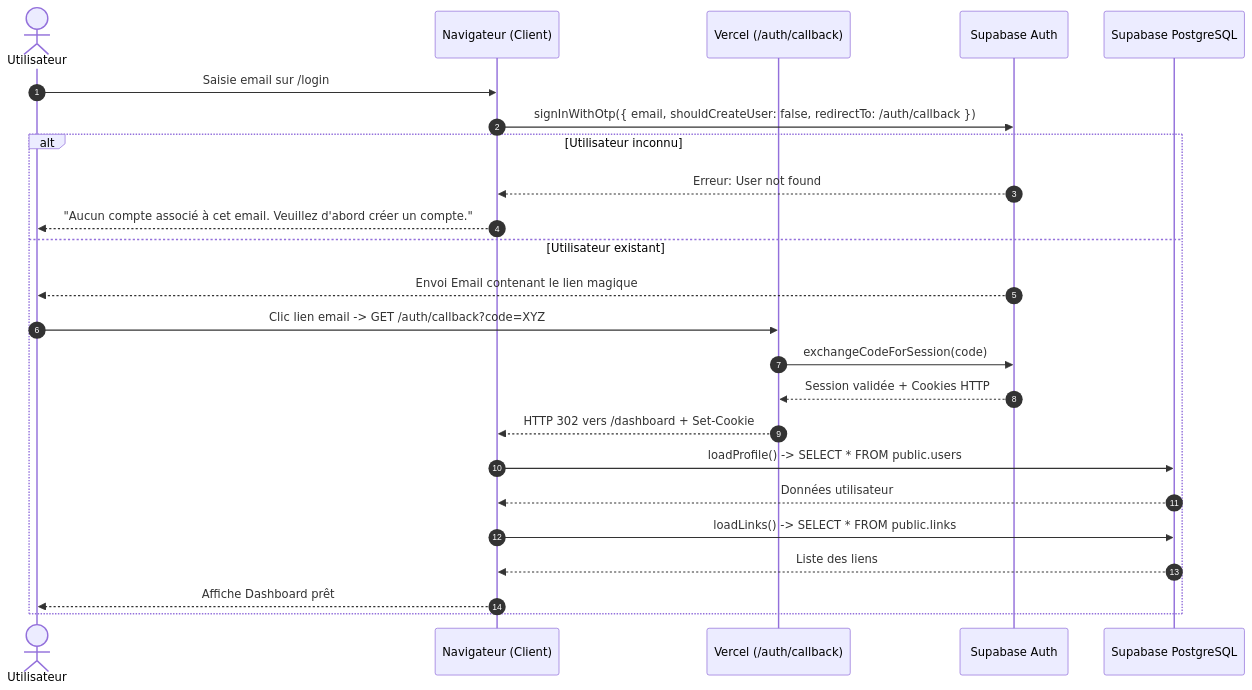
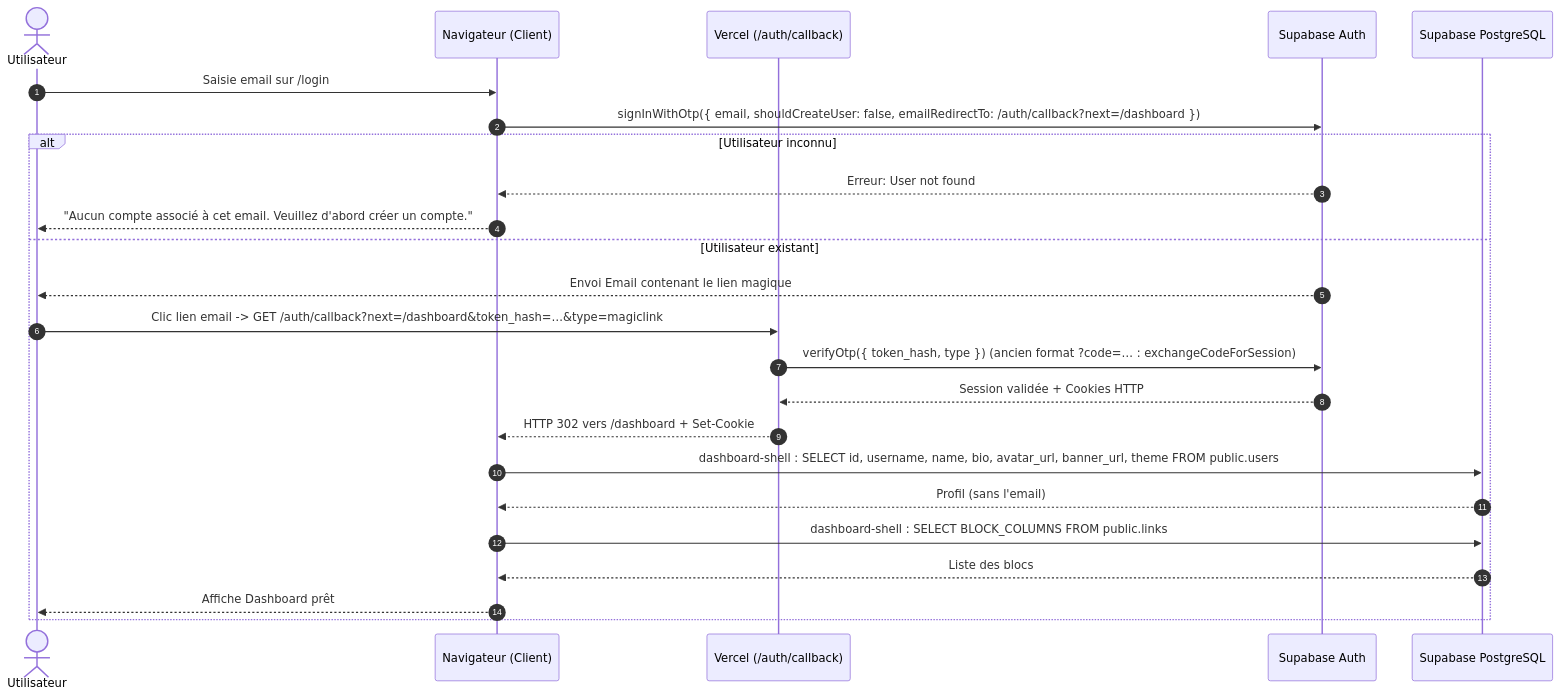
The diagram in docs/login-workflow.md (MarioHit/mialigo), drawn with Mermaid before and after one commit. The commit also changed other lines of this file and 14 other files, not shown here.

````diff
--- a/docs/login-workflow.md
+++ b/docs/login-workflow.md
@@ -26,27 +26,27 @@
 ```mermaid
 sequenceDiagram
     autonumber
     actor User as Utilisateur
     participant Browser as Navigateur (Client)
     participant Vercel as Vercel (/auth/callback)
     participant SupaAuth as Supabase Auth
     participant SupaDB as Supabase PostgreSQL
 
     User->>Browser: Saisie email sur /login
-    Browser->>SupaAuth: signInWithOtp({ email, shouldCreateUser: false, redirectTo: /auth/callback })
+    Browser->>SupaAuth: signInWithOtp({ email, shouldCreateUser: false, emailRedirectTo: /auth/callback?next=/dashboard })
     alt Utilisateur inconnu
         SupaAuth-->>Browser: Erreur: User not found
         Browser-->>User: "Aucun compte associé à cet email. Veuillez d'abord créer un compte."
     else Utilisateur existant
         SupaAuth-->>User: Envoi Email contenant le lien magique
-        User->>Vercel: Clic lien email -> GET /auth/callback?code=XYZ
-        Vercel->>SupaAuth: exchangeCodeForSession(code)
+        User->>Vercel: Clic lien email -> GET /auth/callback?next=/dashboard&token_hash=…&type=magiclink
+        Vercel->>SupaAuth: verifyOtp({ token_hash, type }) (ancien format ?code=… : exchangeCodeForSession)
         SupaAuth-->>Vercel: Session validée + Cookies HTTP
         Vercel-->>Browser: HTTP 302 vers /dashboard + Set-Cookie
-        Browser->>SupaDB: loadProfile() -> SELECT * FROM public.users
-        SupaDB-->>Browser: Données utilisateur
-        Browser->>SupaDB: loadLinks() -> SELECT * FROM public.links
-        SupaDB-->>Browser: Liste des liens
+        Browser->>SupaDB: dashboard-shell : SELECT id, username, name, bio, avatar_url, banner_url, theme FROM public.users
+        SupaDB-->>Browser: Profil (sans l'email)
+        Browser->>SupaDB: dashboard-shell : SELECT BLOCK_COLUMNS FROM public.links
+        SupaDB-->>Browser: Liste des blocs
         Browser-->>User: Affiche Dashboard prêt
     end
 ```
````
